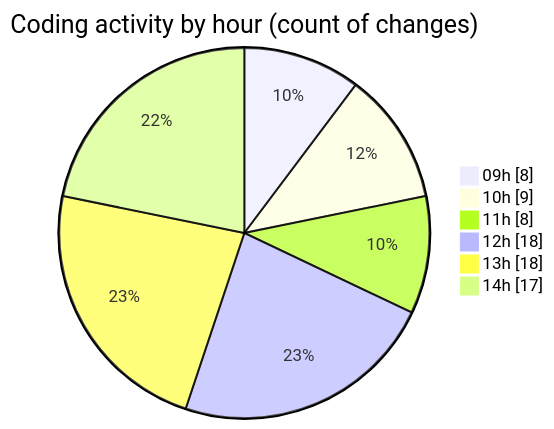
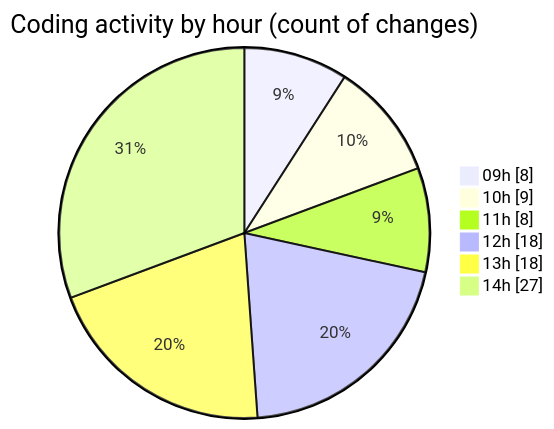
The second of 2 diagrams in 2025-02-25/cda/README.md (momahboobian/code-tracking), drawn with Mermaid before and after one commit. The commit also changed other lines of this file and 1 other file, not shown here.

````diff
--- a/2025-02-25/cda/README.md
+++ b/2025-02-25/cda/README.md
@@ -44,10 +45,10 @@
 ```mermaid
 pie showData
 title Coding activity by hour (count of changes)
 "09h" : 8
 "10h" : 9
 "11h" : 8
 "12h" : 18
 "13h" : 18
-"14h" : 17
+"14h" : 27
 ```
````
